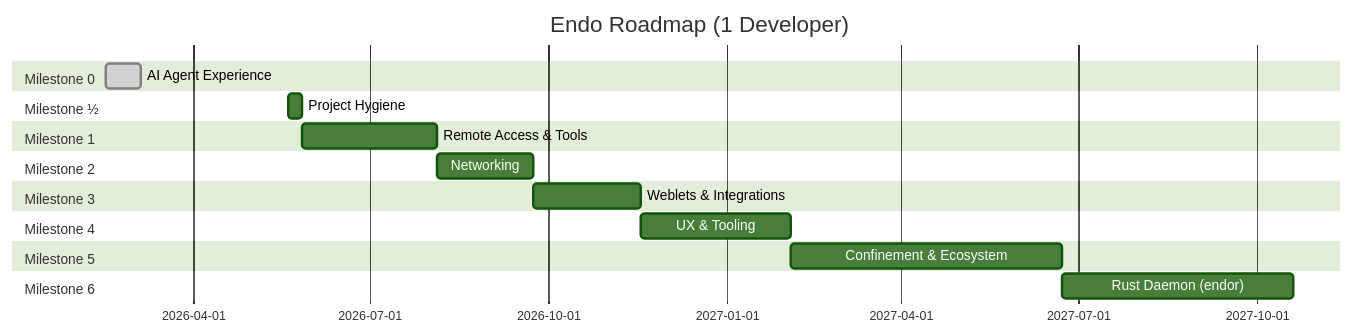
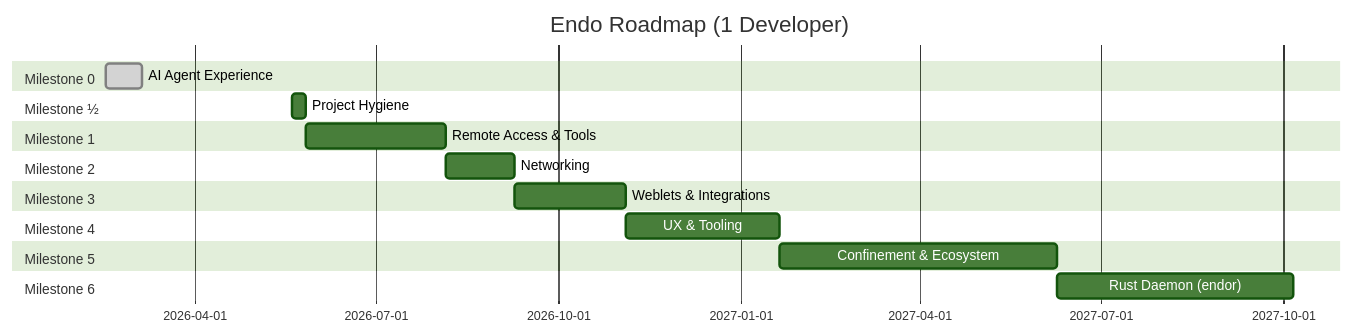
The second of 2 diagrams in designs/README.md (0xpatrickbot/endo-but-for-bots), drawn with Mermaid (forest theme) before and after one commit. The commit also changed other lines of this file, not shown here.

````diff
--- a/designs/README.md
+++ b/designs/README.md
@@ -926,29 +916,29 @@
 ```mermaid
 gantt
     title Endo Roadmap (1 Developer)
     dateFormat YYYY-MM-DD
 
     section Milestone 0
     AI Agent Experience           :done, m0, 2026-02-15, 2026-03-05
 
     section Milestone ½
     Project Hygiene               :mhalf, 2026-05-20, 1w
 
     section Milestone 1
     Remote Access & Tools         :m1, after mhalf, 10w
 
     section Milestone 2
-    Networking                    :m2, after m1, 7w
+    Networking                    :m2, after m1, 5w
 
     section Milestone 3
     Weblets & Integrations        :m3, after m2, 8w
 
     section Milestone 4
     UX & Tooling                  :m4, after m3, 11w
 
     section Milestone 5
     Confinement & Ecosystem       :m5, after m4, 20w
 
     section Milestone 6
     Rust Daemon (endor)           :m6, after m5, 17w
 ```
````
